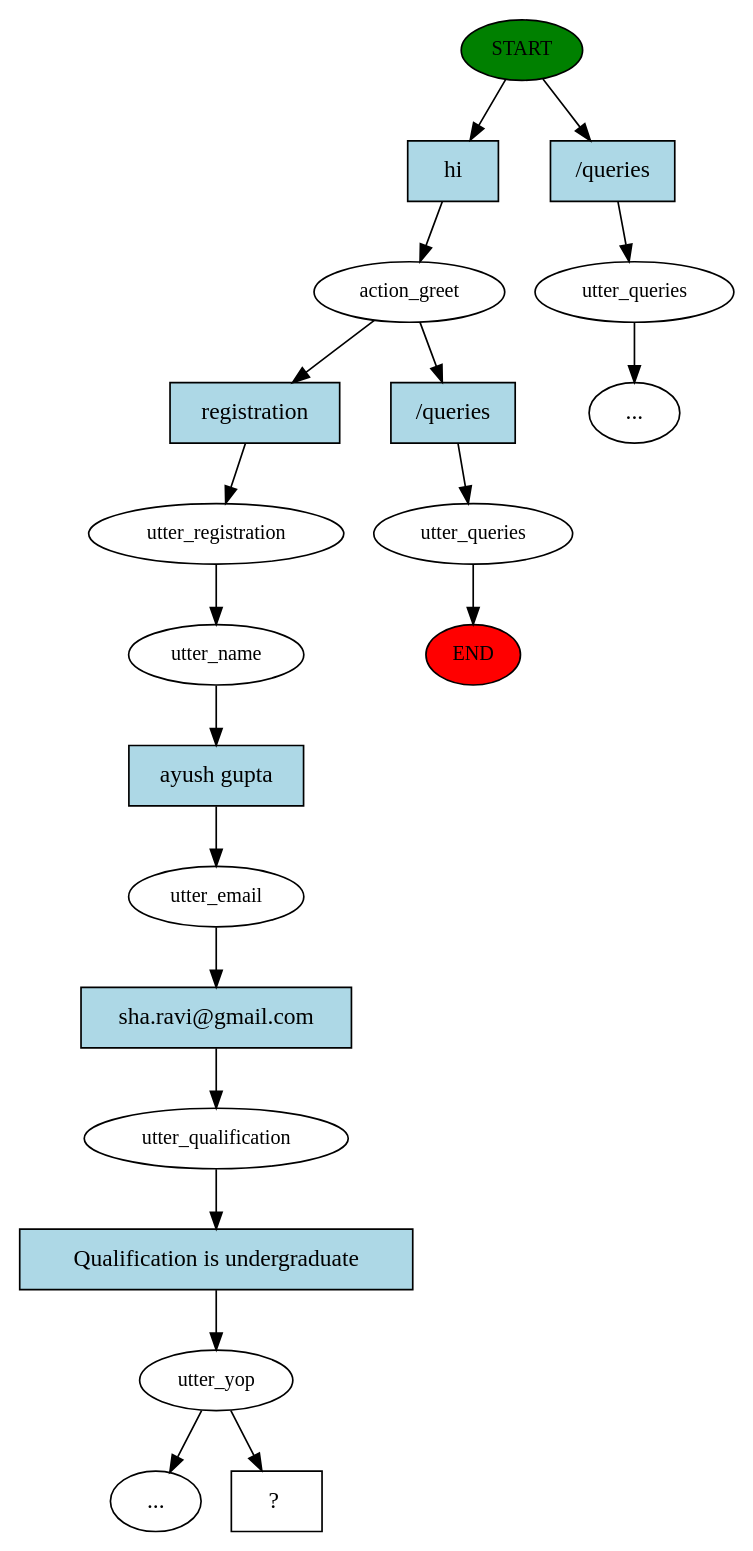
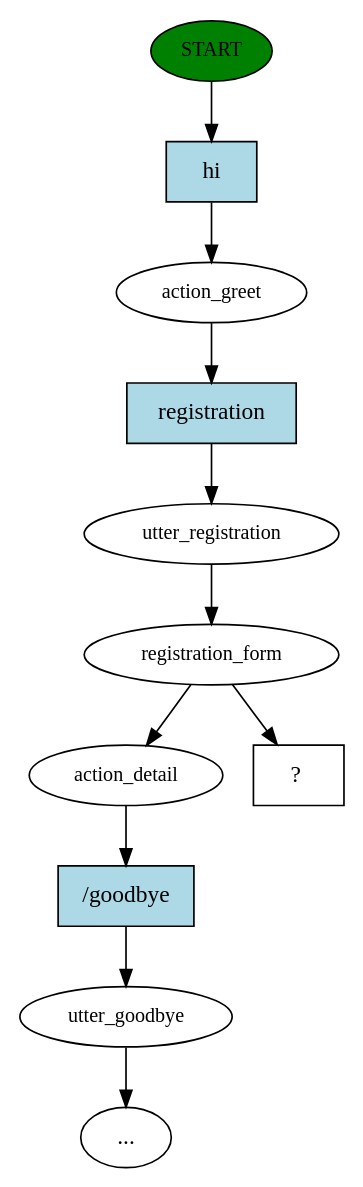
The diagram in story_graph.dot (ravindra1307/helpbot), drawn with Graphviz before and after one commit. The commit also changed 9 other files, not shown here.

```diff
--- a/story_graph.dot
+++ b/story_graph.dot
@@ -1,41 +1,23 @@
 digraph  {
 0 [class="start active", fillcolor=green, fontsize=12, label=START, style=filled];
-"-1" [class=end, fillcolor=red, fontsize=12, label=END, style=filled];
 1 [class=active, fontsize=12, label=action_greet];
 2 [class=active, fontsize=12, label=utter_registration];
-3 [class=active, fontsize=12, label=utter_name];
-4 [class=active, fontsize=12, label=utter_email];
-5 [class=active, fontsize=12, label=utter_qualification];
-6 [class=active, fontsize=12, label=utter_yop];
-"-5" [class=ellipsis, label="..."];
-20 [class="", fontsize=12, label=utter_queries];
-21 [class="", fontsize=12, label=utter_queries];
-"-6" [class=ellipsis, label="..."];
-28 [class="intent dashed active", label="  ?  ", shape=rect];
-29 [class="intent active", fillcolor=lightblue, label=hi, shape=rect, style=filled];
-30 [class=intent, fillcolor=lightblue, label="/queries", shape=rect, style=filled];
-31 [class="intent active", fillcolor=lightblue, label=registration, shape=rect, style=filled];
-32 [class=intent, fillcolor=lightblue, label="/queries", shape=rect, style=filled];
-33 [class="intent active", fillcolor=lightblue, label="ayush\ gupta", shape=rect, style=filled];
-34 [class="intent active", fillcolor=lightblue, label="sha\.ravi@gmail\.com", shape=rect, style=filled];
-35 [class="intent active", fillcolor=lightblue, label="Qualification\ is\ undergraduate", shape=rect, style=filled];
-0 -> 29  [class=active, key=0];
-0 -> 30  [class="", key=0];
-1 -> 31  [class=active, key=0];
-1 -> 32  [class="", key=0];
+3 [class=active, fontsize=12, label=registration_form];
+4 [class="", fontsize=12, label=action_detail];
+5 [class="", fontsize=12, label=utter_goodbye];
+"-3" [class=ellipsis, label="..."];
+9 [class="intent dashed active", label="  ?  ", shape=rect];
+10 [class="intent active", fillcolor=lightblue, label=hi, shape=rect, style=filled];
+11 [class="intent active", fillcolor=lightblue, label=registration, shape=rect, style=filled];
+12 [class=intent, fillcolor=lightblue, label="/goodbye", shape=rect, style=filled];
+0 -> 10  [class=active, key=0];
+1 -> 11  [class=active, key=0];
 2 -> 3  [class=active, key=NONE, label=""];
-3 -> 33  [class=active, key=0];
-4 -> 34  [class=active, key=0];
-5 -> 35  [class=active, key=0];
-6 -> "-5"  [class="", key=NONE, label=""];
-6 -> 28  [class=active, key=NONE, label=""];
-20 -> "-1"  [class="", key=NONE, label=""];
-21 -> "-6"  [class="", key=NONE, label=""];
-29 -> 1  [class=active, key=0];
-30 -> 21  [class="", key=0];
-31 -> 2  [class=active, key=0];
-32 -> 20  [class="", key=0];
-33 -> 4  [class=active, key=0];
-34 -> 5  [class=active, key=0];
-35 -> 6  [class=active, key=0];
+3 -> 4  [class="", key=NONE, label=""];
+3 -> 9  [class=active, key=NONE, label=""];
+4 -> 12  [class="", key=0];
+5 -> "-3"  [class="", key=NONE, label=""];
+10 -> 1  [class=active, key=0];
+11 -> 2  [class=active, key=0];
+12 -> 5  [class="", key=0];
 }
```
